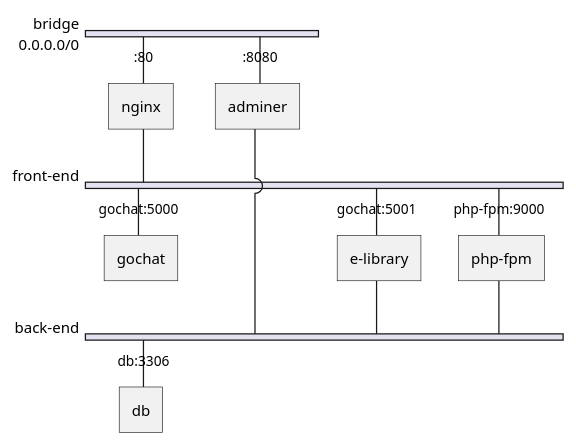
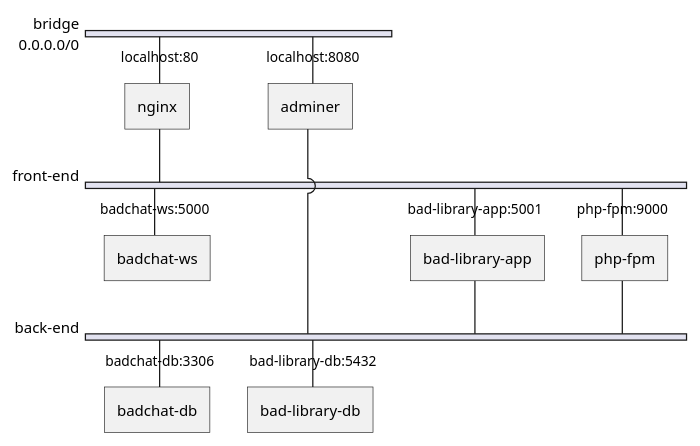
The diagram in diagrams/network.puml (paperlefthand/multi-hole-cheese), drawn with PlantUML before and after one commit. The commit also changed 62 other files, not shown here.

```diff
--- a/diagrams/network.puml
+++ b/diagrams/network.puml
@@ -1,25 +1,26 @@
 @startuml network
 
 nwdiag {
     network bridge {
         address = "0.0.0.0/0";
-        nginx [address = ":80"];
-        adminer [address = ":8080"];
+        nginx [address = "localhost:80"];
+        adminer [address = "localhost:8080"];
     }
     network front-end {
         address = "";
         nginx [address = ""];
-        gochat [address = "gochat:5000"];
-        e-library [address = "gochat:5001"];
+        badchat-ws [address = "badchat-ws:5000"];
+        bad-library-app [address = "bad-library-app:5001"];
         php-fpm [address = "php-fpm:9000"];
     }
     network back-end {
         address = "";
         php-fpm [address = ""];
         adminer [address = ""];
-        e-library [address = ""];
-        db [address = "db:3306"];
+        bad-library-app [address = ""];
+        badchat-db [address = "badchat-db:3306"];
+        bad-library-db [address = "bad-library-db:5432"];
     }
 }
 
 @enduml
```
